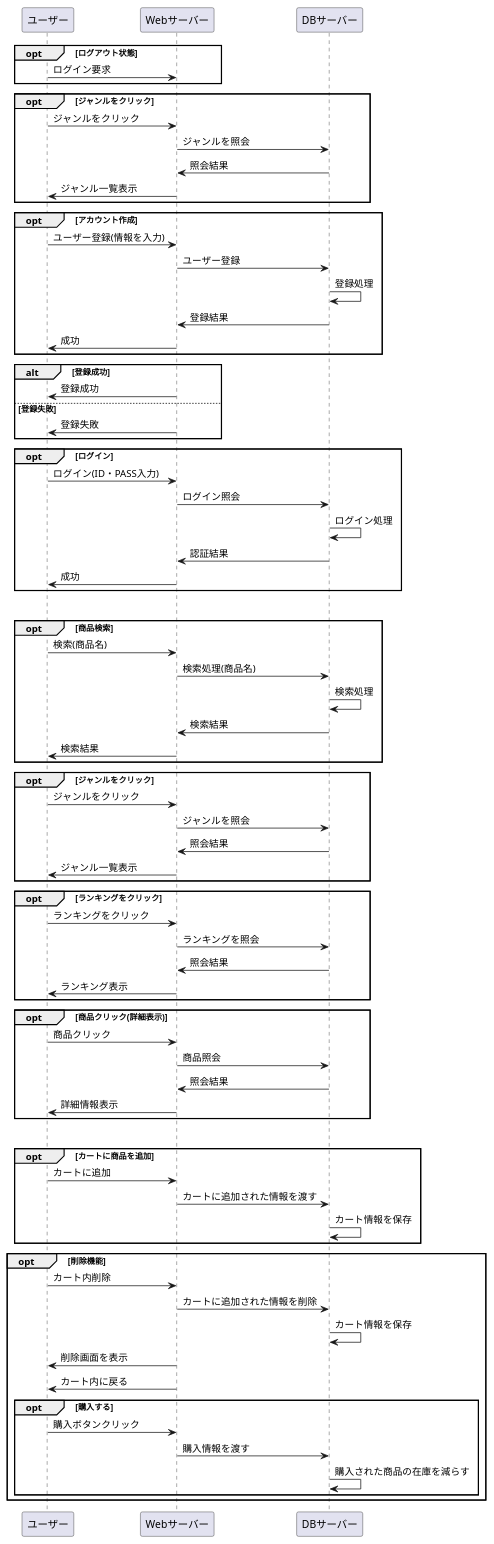
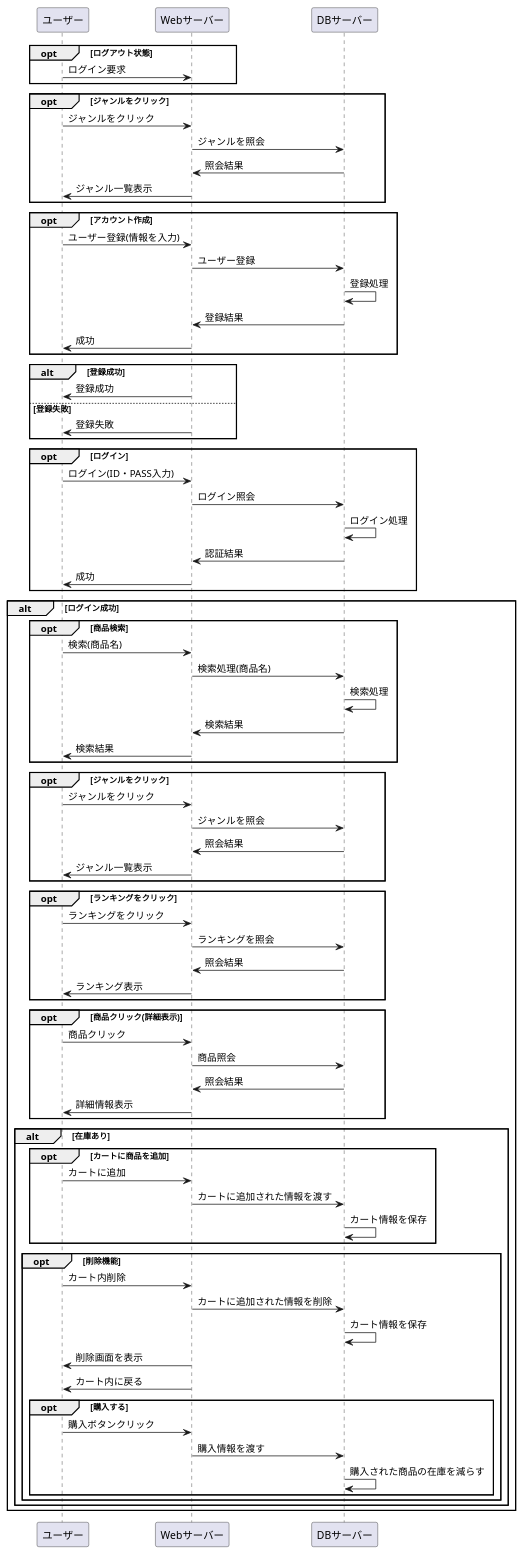
One commit to Aso2001154/2021sys-design changed the diagram in stationary/業務フロー/ren.md. Above: the diagram before and after it, drawn with PlantUML.

````diff
--- a/stationary/業務フロー/ren.md
+++ b/stationary/業務フロー/ren.md
@@ -86,6 +86,7 @@
 DBサーバー -> DBサーバー : 購入された商品の在庫を減らす
 end 
 end
-
+end
+end
 @enduml
 ```
````
